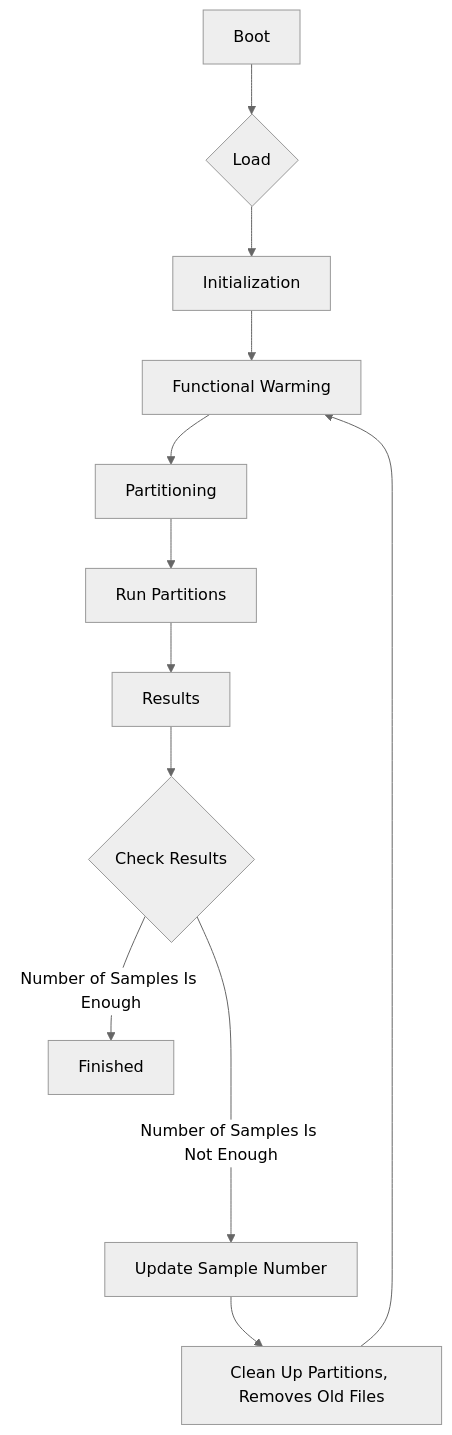
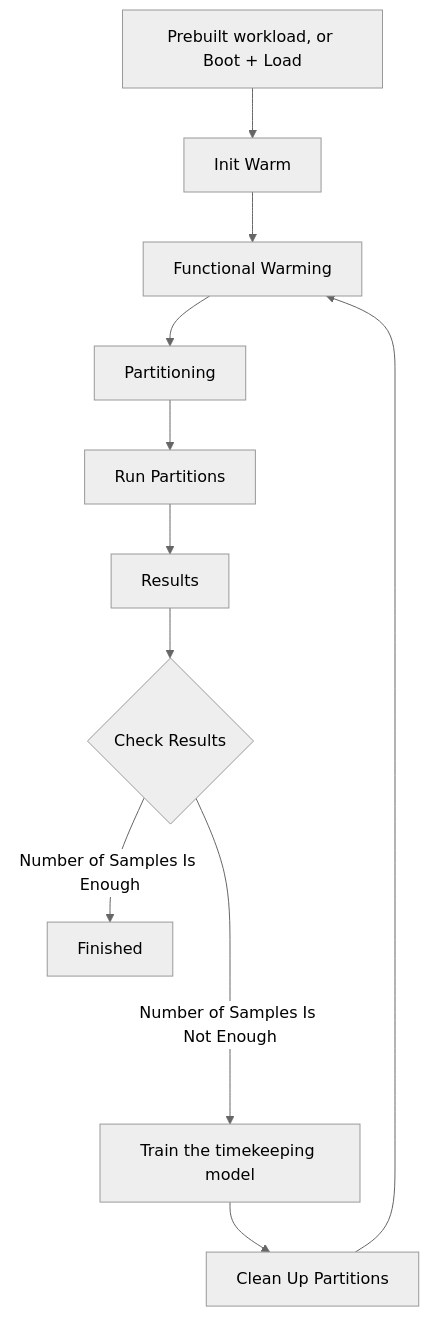
Before and after one commit to parsa-epfl/qflex: the diagram in mk_docs/quickstart.md, drawn with Mermaid (neutral theme). The commit also changed other lines of this file and 10 other files, not shown here.

````diff
--- a/mk_docs/quickstart.md
+++ b/mk_docs/quickstart.md
@@ -11,14 +16,13 @@
 ``` mermaid
 graph TD
-  B[Boot] --> L{Load};
-  L --> I[Initialization];
+  W[Prebuilt workload, or Boot + Load] --> I[Init Warm];
   I --> F[Functional Warming];
   F --> P[Partitioning];
   P --> RP[Run Partitions];
   RP --> R[Results];
   R --> C{Check Results};
   C -->|Number of Samples Is Enough| Fi[Finished];
-  C ---->|Number of Samples Is Not Enough| U[Update Sample Number];
-  U --> CleanPartition[Clean Up Partitions, Removes Old Files];
+  C ---->|Number of Samples Is Not Enough| T[Train the timekeeping model];
+  T --> CleanPartition[Clean Up Partitions];
   CleanPartition --> F;
 ```
````
